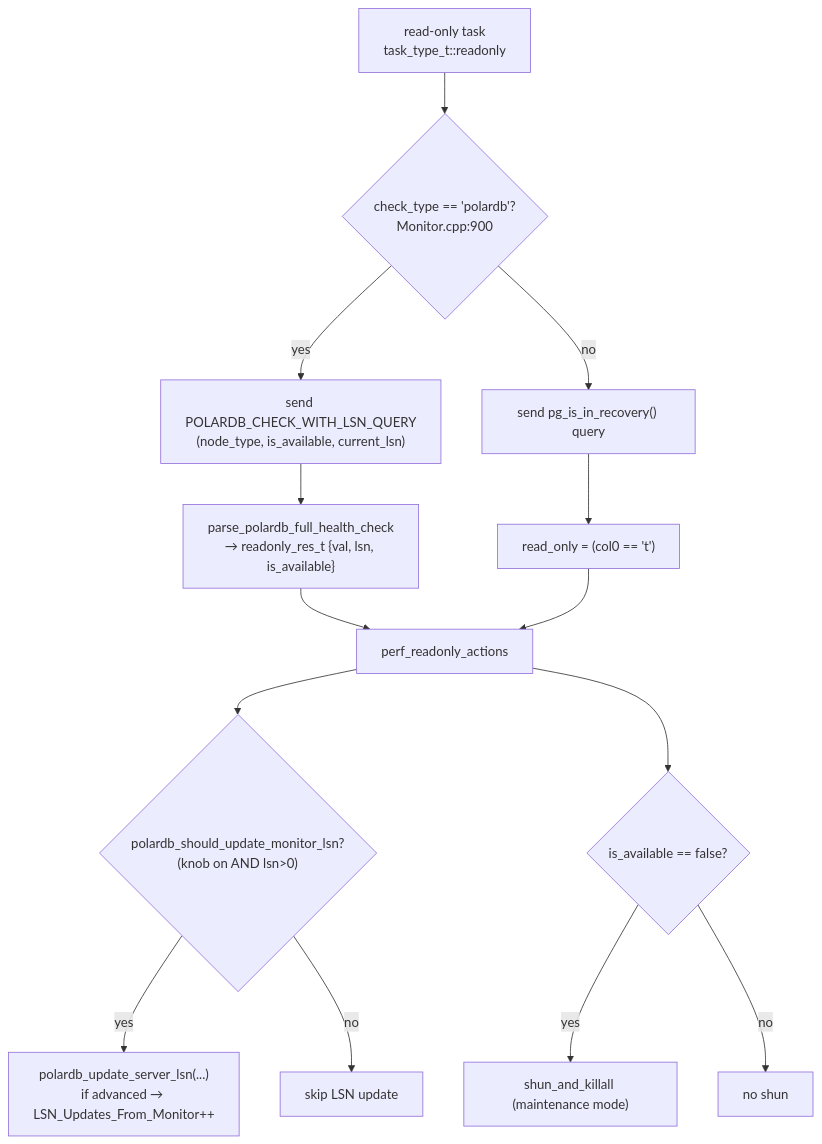
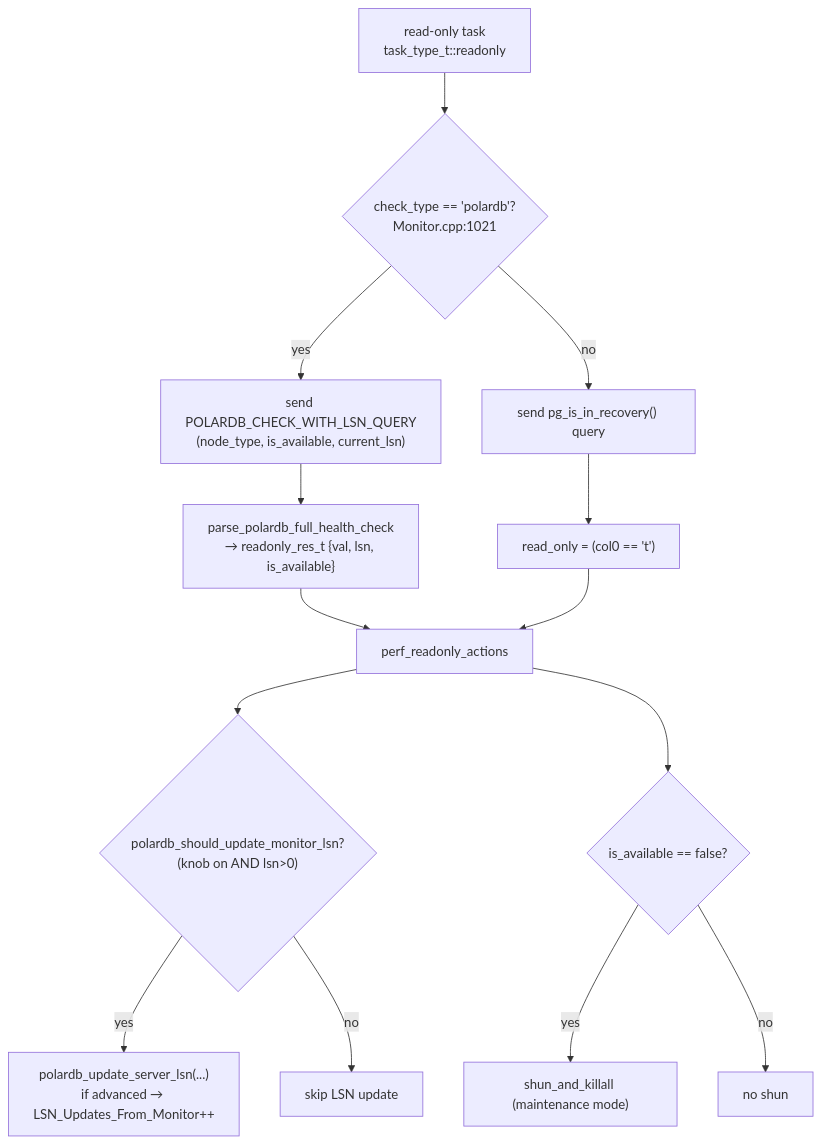
Before and after one commit to awide-labs/polar-proxy: the fourth of 4 diagrams in doc/polardb-arch/05-MONITOR-AND-HGM-LSN-STATE.md, drawn with Mermaid. The commit also changed other lines of this file and 13 other files, not shown here.

````diff
--- a/doc/polardb-arch/05-MONITOR-AND-HGM-LSN-STATE.md
+++ b/doc/polardb-arch/05-MONITOR-AND-HGM-LSN-STATE.md
@@ -634,16 +646,16 @@
 ```mermaid
 flowchart TD
-    A["read-only task<br/>task_type_t::readonly"] --> B{"check_type == 'polardb'?<br/>Monitor.cpp:900"}
+    A["read-only task<br/>task_type_t::readonly"] --> B{"check_type == 'polardb'?<br/>Monitor.cpp:1021"}
     B -- yes --> C["send POLARDB_CHECK_WITH_LSN_QUERY<br/>(node_type, is_available, current_lsn)"]
     B -- no --> D["send pg_is_in_recovery() query"]
     C --> E["parse_polardb_full_health_check<br/>→ readonly_res_t {val, lsn, is_available}"]
     D --> F["read_only = (col0 == 't')"]
     E --> G["perf_readonly_actions"]
     F --> G
     G --> H{"polardb_should_update_monitor_lsn?<br/>(knob on AND lsn>0)"}
     H -- yes --> I["polardb_update_server_lsn(...)<br/>if advanced → LSN_Updates_From_Monitor++"]
     H -- no --> J["skip LSN update"]
     G --> K{"is_available == false?"}
     K -- yes --> L["shun_and_killall (maintenance mode)"]
     K -- no --> M["no shun"]
 ```
````
